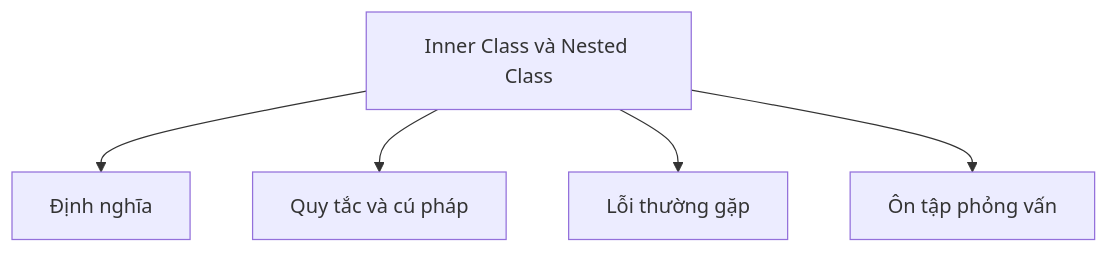
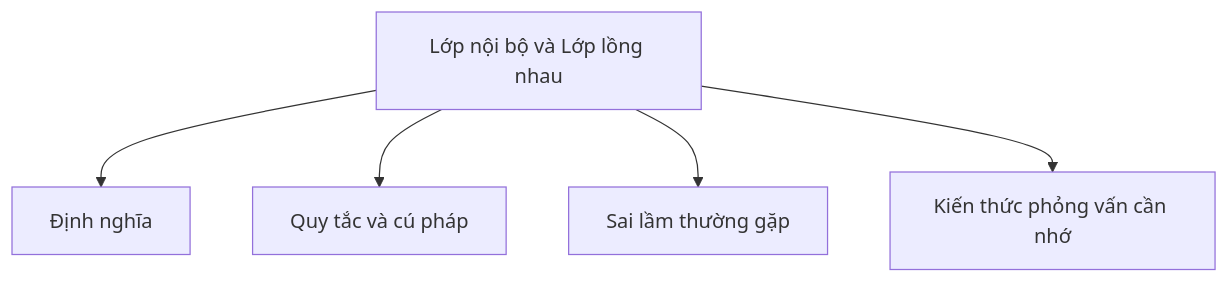
Before and after one commit to PhuThien2005/theoretical-of-java-core: the diagram in vi/15-inner-nested-class/README.md, drawn with Mermaid. The commit also changed other lines of this file and 229 other files, not shown here.

````diff
--- a/vi/15-inner-nested-class/README.md
+++ b/vi/15-inner-nested-class/README.md
@@ -43,7 +43,7 @@
 ```mermaid
 flowchart TD
-    A[Inner Class và Nested Class] --> B[Định nghĩa]
+    A[Lớp nội bộ và Lớp lồng nhau] --> B[Định nghĩa]
     A --> C[Quy tắc và cú pháp]
-    A --> D[Lỗi thường gặp]
-    A --> E[Ôn tập phỏng vấn]
+    A --> D[Sai lầm thường gặp]
+    A --> E[Kiến thức phỏng vấn cần nhớ]
 ```
````
